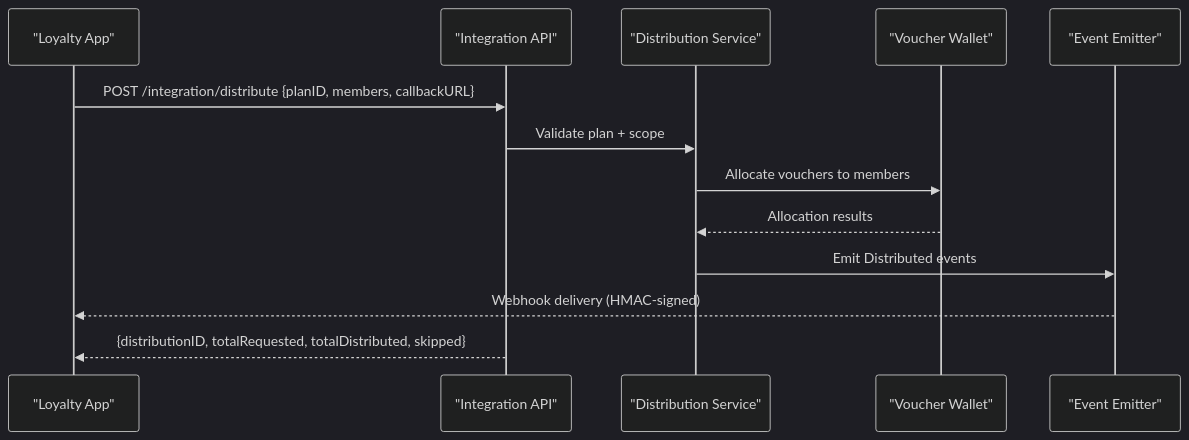
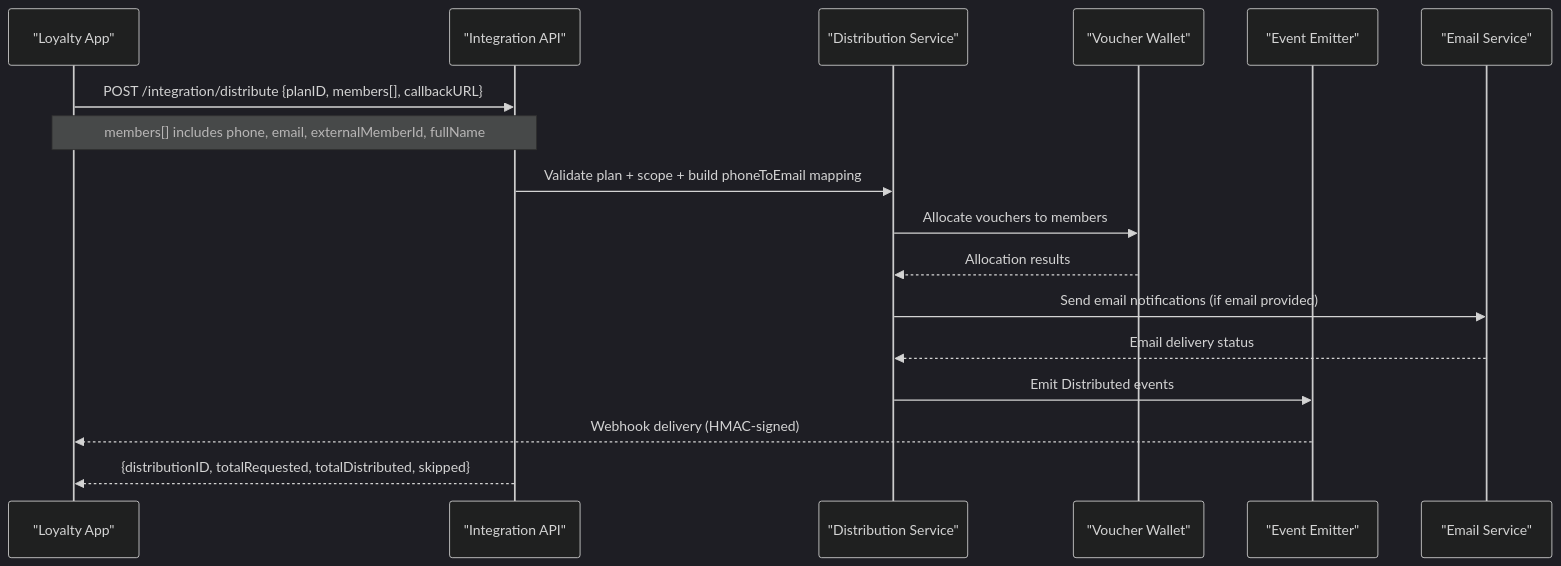
The fourth of 8 diagrams in .qoder/repowiki/en/content/API Contracts and Integration/Integration Partner Management.md (lamhongbac/NonCash), drawn with Mermaid (dark theme) before and after one commit. The commit also changed other lines of this file and 53 other files, not shown here.

````diff
--- a/.qoder/repowiki/en/content/API Contracts and Integration/Integration Partner Management.md
+++ b/.qoder/repowiki/en/content/API Contracts and Integration/Integration Partner Management.md
@@ -158,15 +188,19 @@
 ```mermaid
 sequenceDiagram
 participant Partner as "Loyalty App"
 participant API as "Integration API"
 participant Dist as "Distribution Service"
 participant Wallet as "Voucher Wallet"
 participant Events as "Event Emitter"
-Partner->>API : POST /integration/distribute {planID, members, callbackURL}
-API->>Dist : Validate plan + scope
+participant Email as "Email Service"
+Partner->>API : POST /integration/distribute {planID, members[], callbackURL}
+Note over Partner,API : members[] includes phone, email, externalMemberId, fullName
+API->>Dist : Validate plan + scope + build phoneToEmail mapping
 Dist->>Wallet : Allocate vouchers to members
 Wallet-->>Dist : Allocation results
+Dist->>Email : Send email notifications (if email provided)
+Email-->>Dist : Email delivery status
 Dist->>Events : Emit Distributed events
 Events-->>Partner : Webhook delivery (HMAC-signed)
 API-->>Partner : {distributionID, totalRequested, totalDistributed, skipped}
 ```
````
